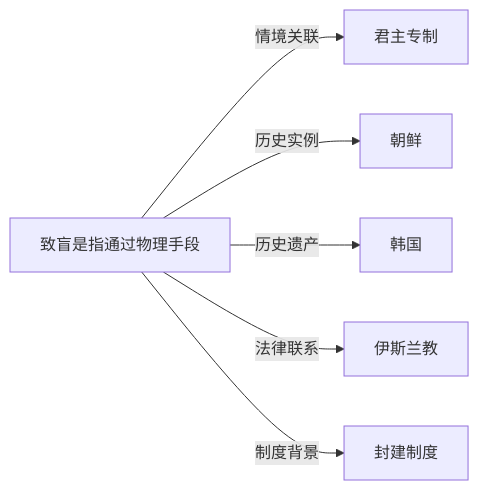
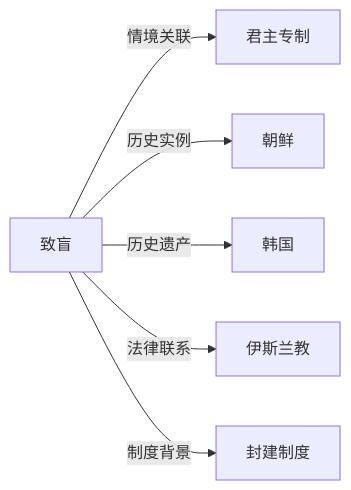
The diagram in Knowledge/Concepts/历史/致盲.md (KIMMCHOW/MyKnowledge), drawn with Mermaid before and after one commit. The commit also changed 96 other files, not shown here.

Commit message:
fix: 修复概念页关系图节点并补齐缺失关联

````diff
--- a/Knowledge/Concepts/历史/致盲.md
+++ b/Knowledge/Concepts/历史/致盲.md
@@ -44,8 +44,8 @@
 ```mermaid
 graph LR
-    致盲是指通过物理手段 -->|情境关联| 君主专制
-    致盲是指通过物理手段 -->|历史实例| 朝鲜
-    致盲是指通过物理手段 -->|历史遗产| 韩国
-    致盲是指通过物理手段 -->|法律联系| 伊斯兰教
-    致盲是指通过物理手段 -->|制度背景| 封建制度
+致盲 -->|情境关联| 君主专制
+致盲 -->|历史实例| 朝鲜
+致盲 -->|历史遗产| 韩国
+致盲 -->|法律联系| 伊斯兰教
+致盲 -->|制度背景| 封建制度
 ```
````
